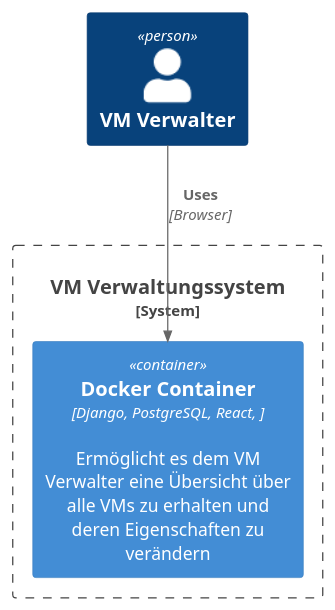
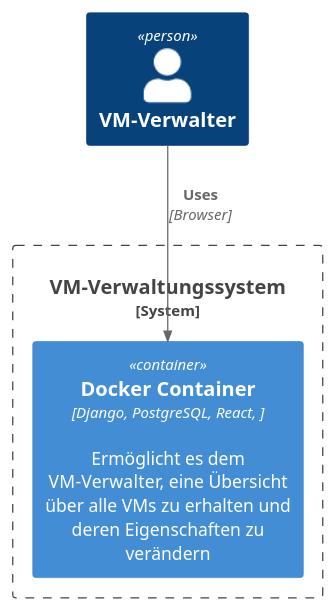
One commit to henrikalbrecht/I05-Virtuelle-Maschinen changed the diagram in docs/architecture/c4-context.puml. Above: the diagram before and after it, drawn with PlantUML. The commit also changed 1 other file, not shown here.

```diff
--- a/docs/architecture/c4-context.puml
+++ b/docs/architecture/c4-context.puml
@@ -3,10 +3,10 @@
 @startuml Context
 !include https://raw.githubusercontent.com/plantuml-stdlib/C4-PlantUML/master/C4_Container.puml
 
-Person(admin, "VM Verwalter")
-System_Boundary(c1, "VM Verwaltungssystem") {
-    Container(web_app, "Docker Container", "Django, PostgreSQL, React, ", "Ermöglicht es dem VM Verwalter eine Übersicht über alle VMs zu erhalten und deren Eigenschaften zu verändern")
+Person(admin, "VM-Verwalter")
+System_Boundary(c1, "VM-Verwaltungssystem") {
+    Container(web_app, "Docker Container", "Django, PostgreSQL, React, ", "Ermöglicht es dem VM-Verwalter, eine Übersicht über alle VMs zu erhalten und deren Eigenschaften zu verändern")
 }
 
 Rel(admin, web_app, "Uses", "Browser")
 @enduml
```
